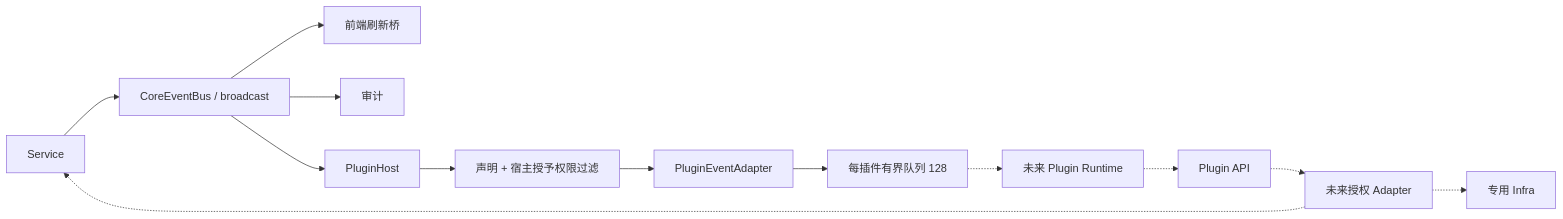
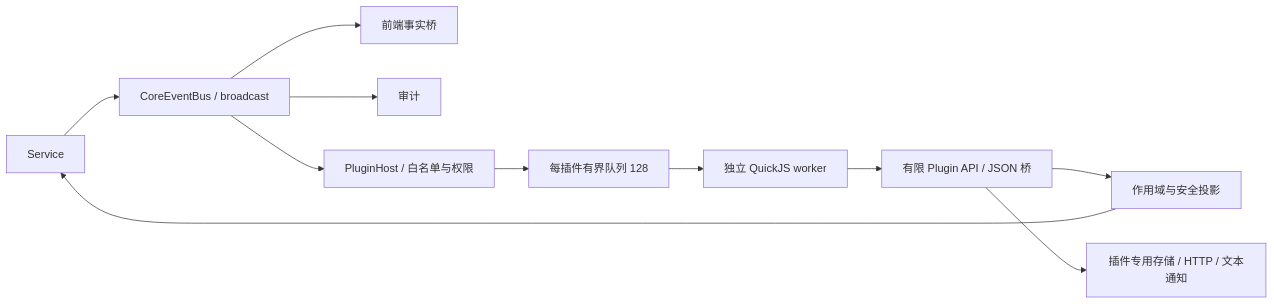
The diagram in doc/modules/src-tauri/plugin/README.md (dongzhuo375/Hinina), drawn with Mermaid before and after one commit. The commit also changed other lines of this file and 23 other files, not shown here.

Commit message:
feat(plugin): add developer workflow and document runtime boundaries

````diff
--- a/doc/modules/src-tauri/plugin/README.md
+++ b/doc/modules/src-tauri/plugin/README.md
@@ -16,15 +15,13 @@
 ```mermaid
 flowchart LR
   Service --> Bus[CoreEventBus / broadcast]
-  Bus --> Frontend[前端刷新桥]
+  Bus --> Frontend[前端事实桥]
   Bus --> Audit[审计]
-  Bus --> Host[PluginHost]
-  Host --> Filter[声明 + 宿主授予权限过滤]
-  Filter --> Adapter[PluginEventAdapter]
-  Adapter --> Queue[每插件有界队列 128]
-  Queue -.-> Runtime[未来 Plugin Runtime]
-  Runtime -.-> API[Plugin API]
-  API -.-> Wrapper[未来授权 Adapter]
-  Wrapper -.-> Service
-  Wrapper -.-> Infra[专用 Infra]
+  Bus --> Host[PluginHost / 白名单与权限]
+  Host --> Queue[每插件有界队列 128]
+  Queue --> Runtime[独立 QuickJS worker]
+  Runtime --> API[有限 Plugin API / JSON 桥]
+  API --> Query[作用域与安全投影]
+  Query --> Service
+  API --> Infra[插件专用存储 / HTTP / 文本通知]
 ```
````
